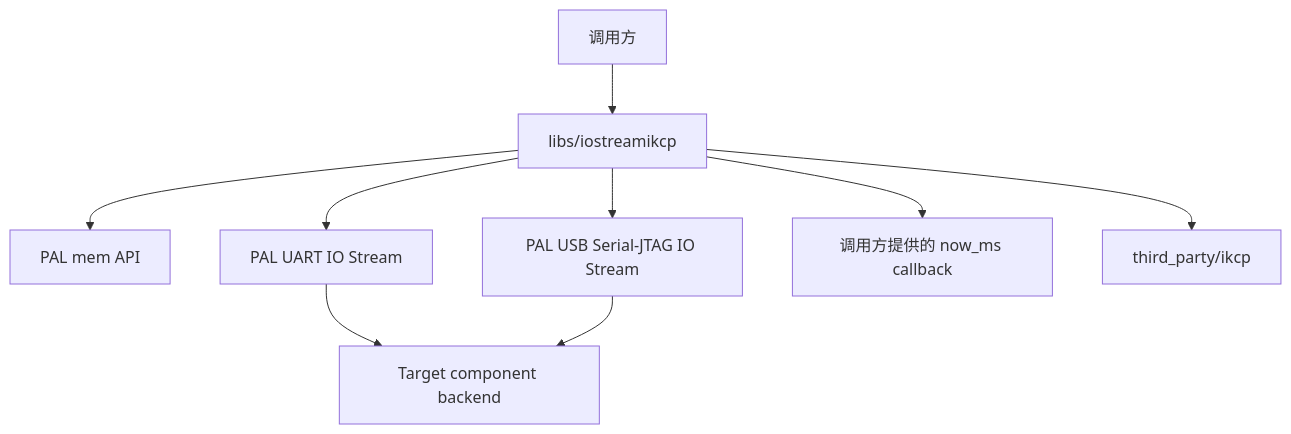
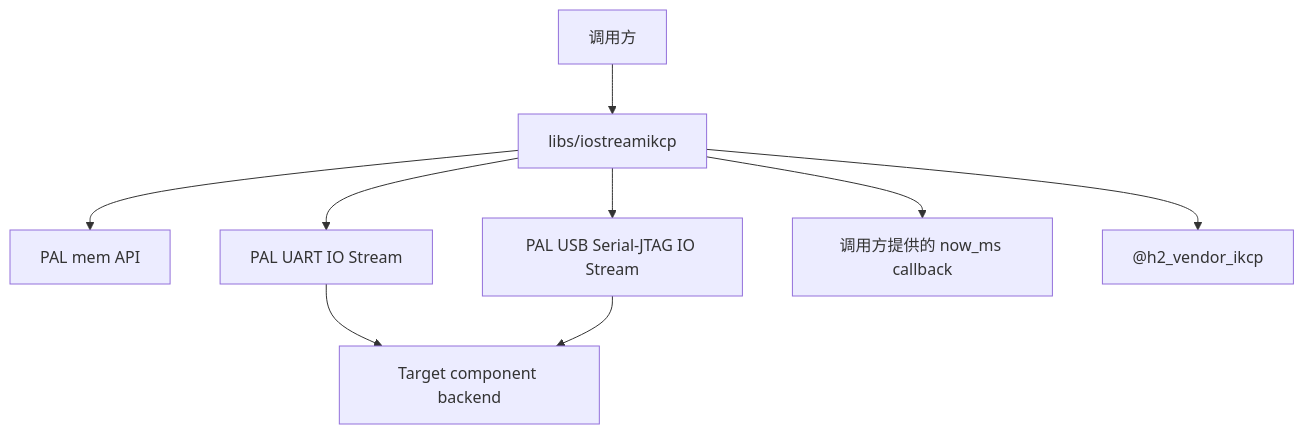
The first of 3 diagrams in guides/zh/developing/iostreamikcp.md (GizClaw/gizos), drawn with Mermaid before and after one commit. The commit also changed other lines of this file and 43 other files, not shown here.

````diff
--- a/guides/zh/developing/iostreamikcp.md
+++ b/guides/zh/developing/iostreamikcp.md
@@ -11,11 +11,11 @@
 ```mermaid
 flowchart TD
     Caller["调用方"] --> IOStreamIKCP["libs/iostreamikcp"]
     IOStreamIKCP --> PALMemory["PAL mem API"]
     IOStreamIKCP --> UART["PAL UART IO Stream"]
     IOStreamIKCP --> USBJTAG["PAL USB Serial-JTAG IO Stream"]
     IOStreamIKCP --> Time["调用方提供的 now_ms callback"]
-    IOStreamIKCP --> IKCP["third_party/ikcp"]
+    IOStreamIKCP --> IKCP["@h2_vendor_ikcp"]
     UART --> Backend["Target component backend"]
     USBJTAG --> Backend
 ```
````
